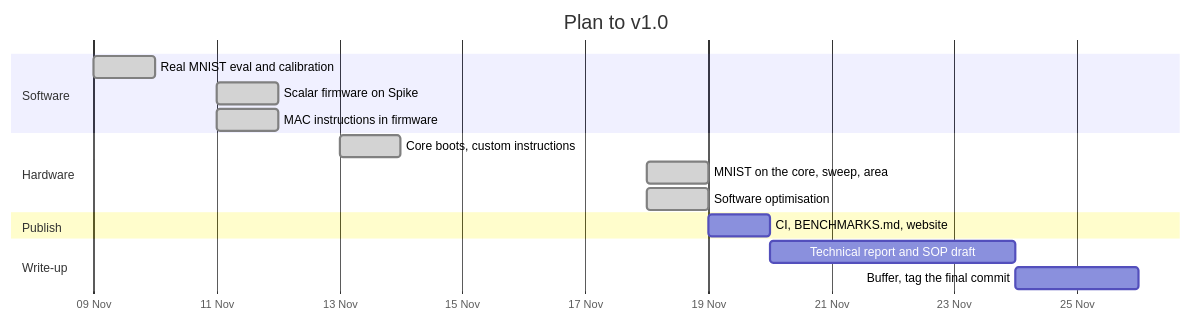
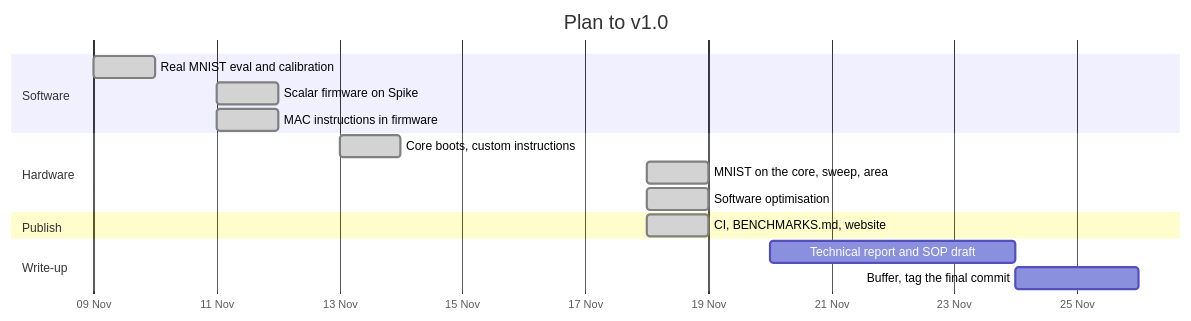
One commit to sajedulislam5840/riscv-edge-ai changed the fifth of 5 diagrams in README.md. Above: the diagram before and after it, drawn with Mermaid. The commit also changed other lines of this file, not shown here.

Commit message:
README: status table and plan updated for CI, BENCHMARKS.md and the website

````diff
--- a/README.md
+++ b/README.md
@@ -371,19 +373,19 @@
 ```mermaid
 gantt
     title Plan to v1.0
     dateFormat YYYY-MM-DD
     axisFormat %d %b
     section Software
     Real MNIST eval and calibration :done, a1, 2026-11-09, 1d
     Scalar firmware on Spike        :done, a2, 2026-11-11, 1d
     MAC instructions in firmware    :done, a2b, 2026-11-11, 1d
     section Hardware
     Core boots, custom instructions :done, h1, 2026-11-13, 1d
     MNIST on the core, sweep, area  :done, h2, 2026-11-18, 1d
     Software optimisation           :done, h4, 2026-11-18, 1d
     section Publish
-    CI, BENCHMARKS.md, website      :p1, 2026-11-19, 1d
+    CI, BENCHMARKS.md, website      :done, p1, 2026-11-18, 1d
     section Write-up
     Technical report and SOP draft  :w1, 2026-11-20, 4d
     Buffer, tag the final commit    :w2, 2026-11-24, 2d
 ```
````
